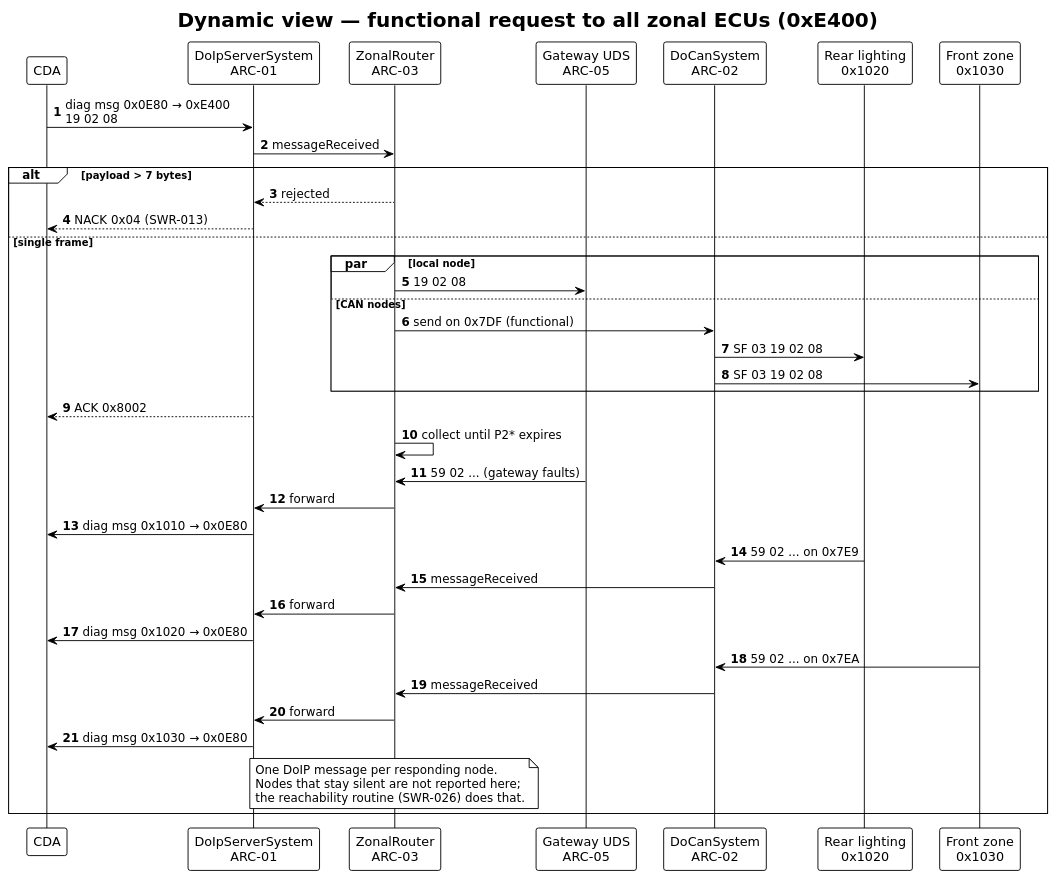
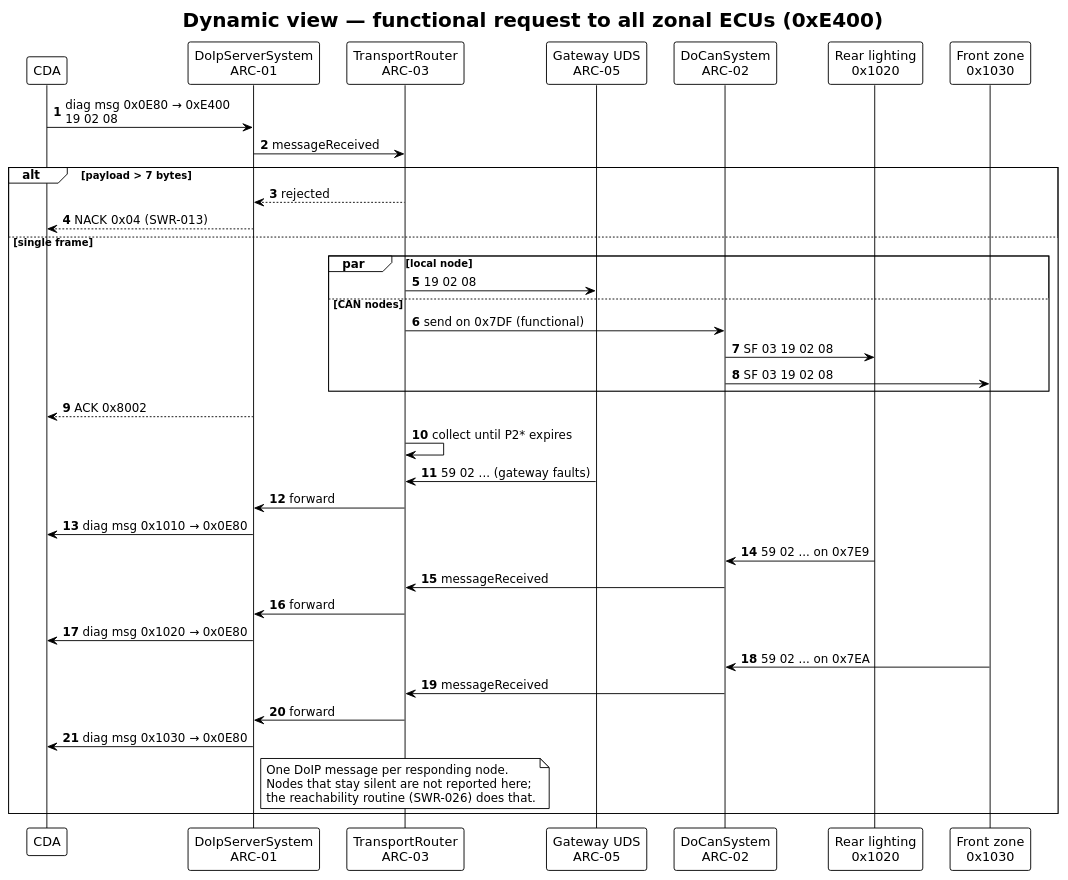
Before and after one commit to Eclipse-SDV-Hackathon-Chapter-Four/Thinking_CAPs: the diagram in OpenBSW/aspice/swe2-architecture/diagrams/functional-routing.puml, drawn with PlantUML. The commit also changed 48 other files, not shown here.

```diff
--- a/OpenBSW/aspice/swe2-architecture/diagrams/functional-routing.puml
+++ b/OpenBSW/aspice/swe2-architecture/diagrams/functional-routing.puml
@@ -1,48 +1,48 @@
 @startuml functional-routing
 !theme plain
 skinparam defaultFontName "DejaVu Sans"
 skinparam shadowing false
 title Dynamic view — functional request to all zonal ECUs (0xE400)
 autonumber
 
 participant "CDA" as CDA
 participant "DoIpServerSystem\nARC-01" as DoIp
-participant "ZonalRouter\nARC-03" as R
+participant "TransportRouter\nARC-03" as R
 participant "Gateway UDS\nARC-05" as Uds
 participant "DoCanSystem\nARC-02" as Tp
 participant "Rear lighting\n0x1020" as E1
 participant "Front zone\n0x1030" as E2
 
 CDA -> DoIp : diag msg 0x0E80 → 0xE400\n19 02 08
 DoIp -> R : messageReceived
 alt payload > 7 bytes
   R --> DoIp : rejected
   DoIp --> CDA : NACK 0x04 (SWR-013)
 else single frame
   par local node
     R -> Uds : 19 02 08
   else CAN nodes
     R -> Tp : send on 0x7DF (functional)
     Tp -> E1 : SF 03 19 02 08
     Tp -> E2 : SF 03 19 02 08
   end
   DoIp --> CDA : ACK 0x8002
   R -> R : collect until P2* expires
   Uds -> R : 59 02 ... (gateway faults)
   R -> DoIp : forward
   DoIp -> CDA : diag msg 0x1010 → 0x0E80
   E1 -> Tp : 59 02 ... on 0x7E9
   Tp -> R : messageReceived
   R -> DoIp : forward
   DoIp -> CDA : diag msg 0x1020 → 0x0E80
   E2 -> Tp : 59 02 ... on 0x7EA
   Tp -> R : messageReceived
   R -> DoIp : forward
   DoIp -> CDA : diag msg 0x1030 → 0x0E80
   note over R
     One DoIP message per responding node.
     Nodes that stay silent are not reported here;
     the reachability routine (SWR-026) does that.
   end note
 end
 @enduml
```
